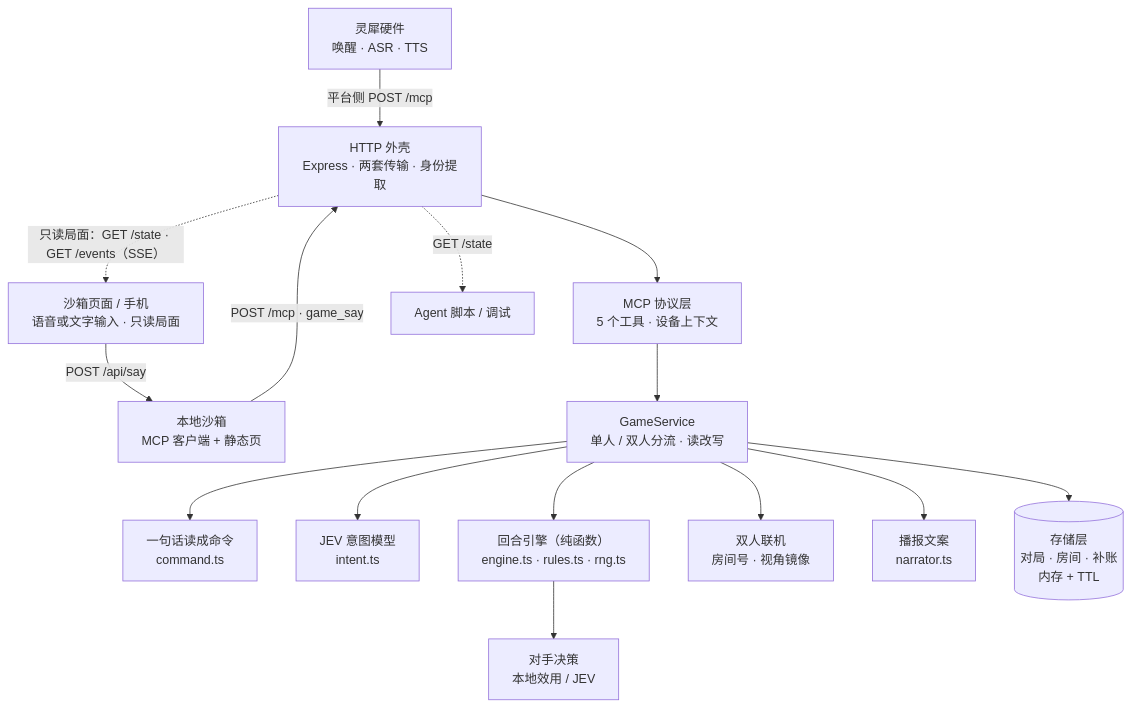
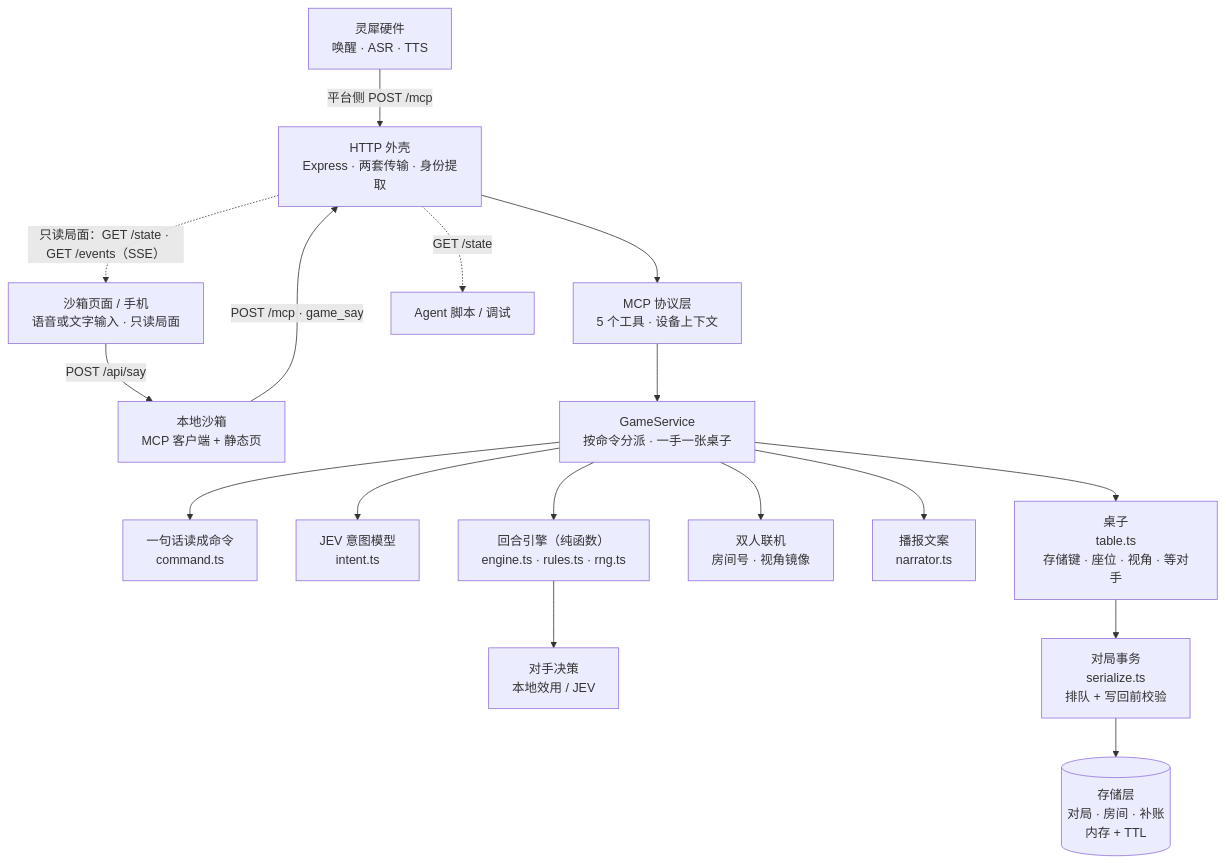
The diagram in README.md (sorcerer-ma/linx-fighter), drawn with Mermaid before and after one commit. The commit also changed other lines of this file and 2 other files, not shown here.

````diff
--- a/README.md
+++ b/README.md
@@ -171,17 +171,19 @@
 ```mermaid
 flowchart TB
   Device["灵犀硬件<br/>唤醒 · ASR · TTS"] -- "平台侧 POST /mcp" --> Http
   Web["沙箱页面 / 手机<br/>语音或文字输入 · 只读局面"] -- "POST /api/say" --> Sandbox["本地沙箱<br/>MCP 客户端 + 静态页"]
   Sandbox -- "POST /mcp · game_say" --> Http
   Http["HTTP 外壳<br/>Express · 两套传输 · 身份提取"] --> Mcp["MCP 协议层<br/>5 个工具 · 设备上下文"]
-  Mcp --> Service["GameService<br/>单人 / 双人分流 · 读改写"]
+  Mcp --> Service["GameService<br/>按命令分派 · 一手一张桌子"]
   Service --> Command["一句话读成命令<br/>command.ts"]
   Service --> Intent["JEV 意图模型<br/>intent.ts"]
   Service --> Engine["回合引擎（纯函数）<br/>engine.ts · rules.ts · rng.ts"]
   Engine --> Enemy["对手决策<br/>本地效用 / JEV"]
   Service --> Pvp["双人联机<br/>房间号 · 视角镜像"]
   Service --> Narrator["播报文案<br/>narrator.ts"]
-  Service --> Stores[("存储层<br/>对局 · 房间 · 补账<br/>内存 + TTL")]
+  Service --> Table["桌子<br/>table.ts<br/>存储键 · 座位 · 视角 · 等对手"]
+  Table --> Tx["对局事务<br/>serialize.ts<br/>排队 + 写回前校验"]
+  Tx --> Stores[("存储层<br/>对局 · 房间 · 补账<br/>内存 + TTL")]
   Http -.->|"只读局面：GET /state · GET /events（SSE）"| Web
   Http -.->|"GET /state"| Agent["Agent 脚本 / 调试"]
 ```
````
